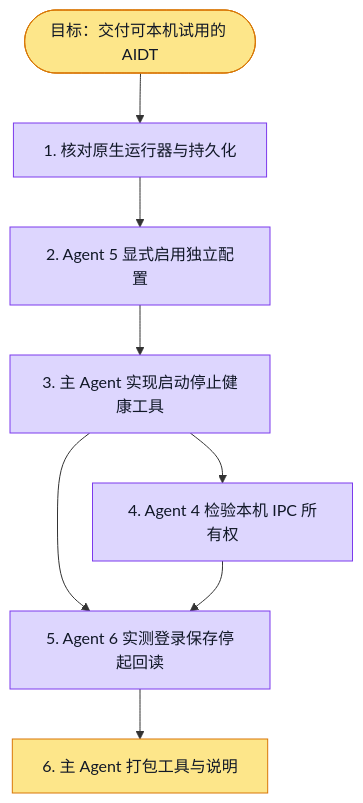
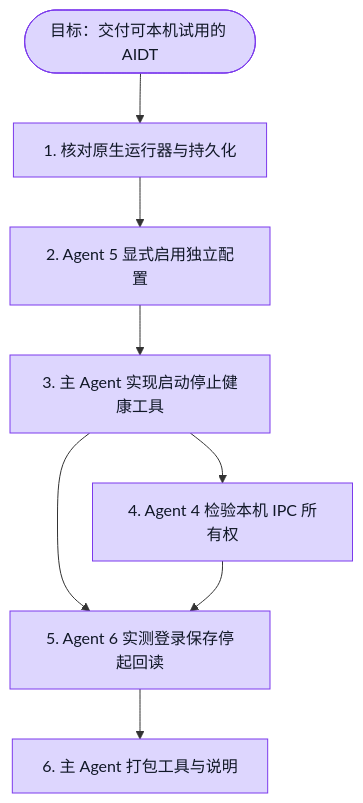
One commit to boardx/workspacex changed the diagram in docs/evidence/aidt-native/module-isolation/local-runtime/execution.plan.md. Above: the diagram before and after it, drawn with Mermaid.

Commit message:
docs(aidt): record verified native local tools delivery plan

````diff
--- a/docs/evidence/aidt-native/module-isolation/local-runtime/execution.plan.md
+++ b/docs/evidence/aidt-native/module-isolation/local-runtime/execution.plan.md
@@ -5,29 +5,31 @@
 ```mermaid
 flowchart TD
   G([目标：交付可本机试用的 AIDT])
   S1[1. 核对原生运行器与持久化]
   S2[2. Agent 5 显式启用独立配置]
   S3[3. 主 Agent 实现启动停止健康工具]
   S4[4. Agent 4 检验本机 IPC 所有权]
   S5[5. Agent 6 实测登录保存停起回读]
   S6[6. 主 Agent 打包工具与说明]
   G --> S1 --> S2 --> S3 --> S5 --> S6
   S3 --> S4 --> S5
   classDef todo fill:#e5e7eb,stroke:#6b7280,color:#111827
   classDef doing fill:#fde68a,stroke:#d97706,color:#111827
   classDef done fill:#bbf7d0,stroke:#16a34a,color:#111827
   classDef tested fill:#ddd6fe,stroke:#7c3aed,color:#111827
   classDef blocked fill:#fecaca,stroke:#dc2626,color:#111827
-  class G doing
+  class G tested
+  %% evidence G: native start-stop-health local tools, durable browser roundtrip and source packaging checks passed; user device installation and real AI remain outside this verification
   class S1 tested
   class S2 tested
   class S3 tested
   %% evidence S3: CLI lifecycle3 + real IPC15 and typecheck passed; native full save-stop-restart acceptance remains S5
   class S4 tested
   class S5 tested
   %% evidence S5: actual native Playwright attempt-3 expected1 skipped0 unexpected0 flaky0; same data directory and new browser login precise stage/message readback, two successful stops
-  class S6 doing
+  class S6 tested
+  %% evidence S6: native source ZIP built and CRC integrity validated; all workspace manifests, launch scripts and START-HERE guide included; no runtime data or screenshots
   %% evidence S1: backend-profile.md records actual PGlite migrations and durable reopen.
   %% evidence S2: backend-profile.md records 27 configuration tests and default-off checks.
   %% evidence S4: test/aidt-local-lifecycle.test.ts has 13 passing Linux IPC checks.
 ```
````
